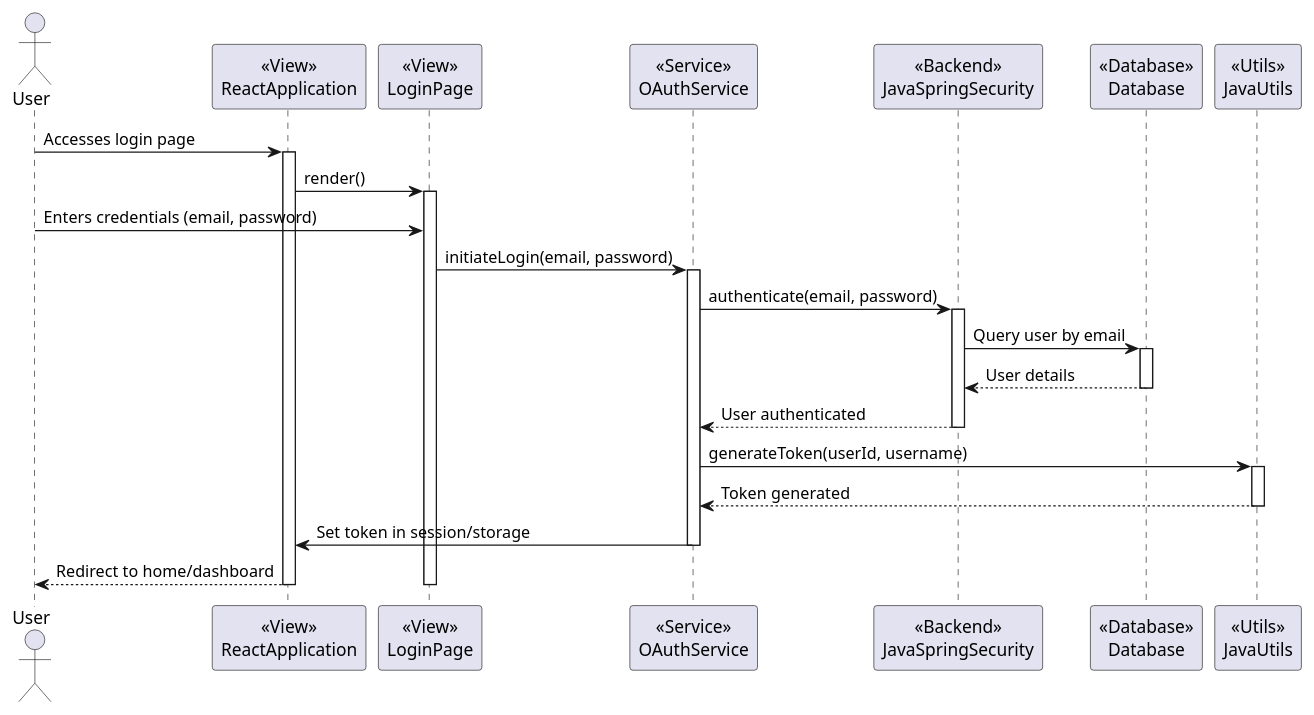
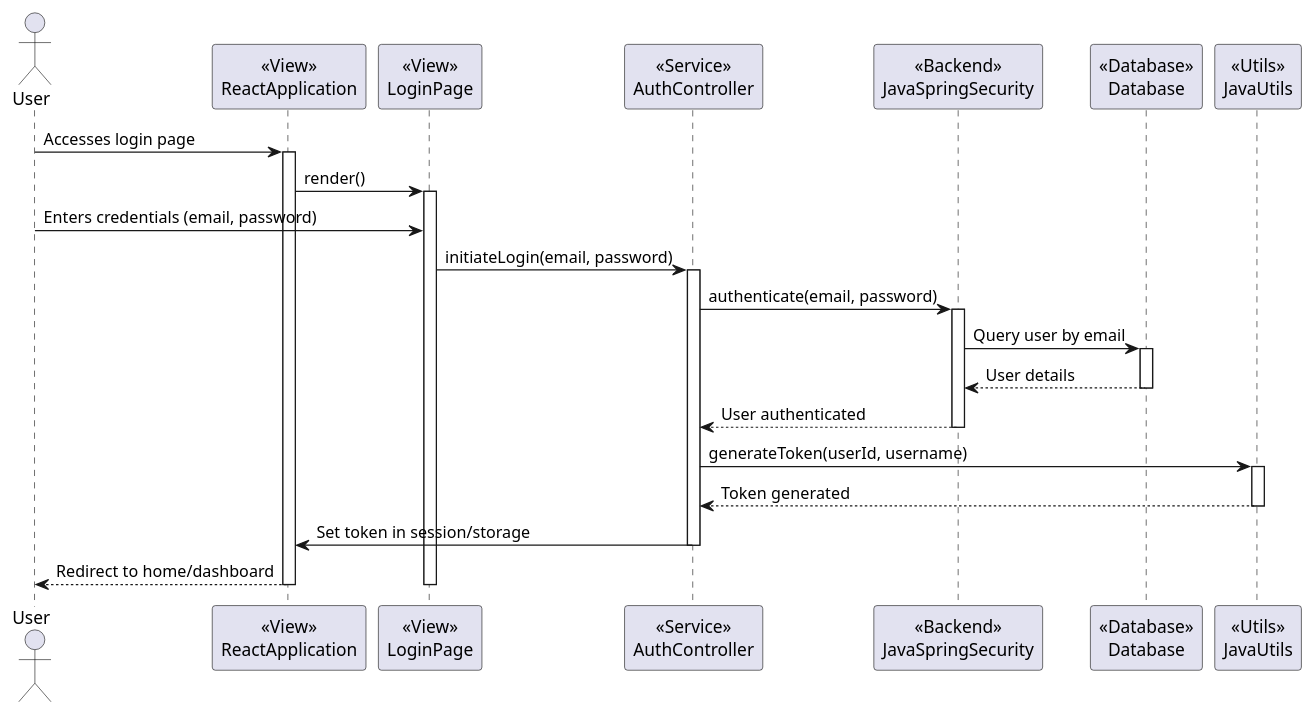
The diagram in diagrams/Authentication/Login/LoginDesignLevelSequenceDiagram.puml (Iantomasi/ateliermecanique-ws), drawn with PlantUML before and after one commit. The commit also changed 12 other files, not shown here.

Commit message:
Diagrams, C4, sprint 4 and 5

```diff
--- a/diagrams/Authentication/Login/LoginDesignLevelSequenceDiagram.puml
+++ b/diagrams/Authentication/Login/LoginDesignLevelSequenceDiagram.puml
@@ -1,47 +1,47 @@
 @startuml
 
 actor User
 
 participant ReactApplication as "<<View>>\nReactApplication"
 participant LoginPage as "<<View>>\nLoginPage"
-participant OAuthService as "<<Service>>\nOAuthService"
+participant AuthController as "<<Service>>\nAuthController"
 participant JavaSpringSecurity as "<<Backend>>\nJavaSpringSecurity"
 participant Database as "<<Database>>\nDatabase"
 participant JavaUtils as "<<Utils>>\nJavaUtils"
 
 User -> ReactApplication: Accesses login page
 activate ReactApplication
 
 ReactApplication -> LoginPage: render()
 activate LoginPage
 
 User -> LoginPage: Enters credentials (email, password)
-LoginPage -> OAuthService: initiateLogin(email, password)
-activate OAuthService
+LoginPage -> AuthController: initiateLogin(email, password)
+activate AuthController
 
-OAuthService -> JavaSpringSecurity: authenticate(email, password)
+AuthController -> JavaSpringSecurity: authenticate(email, password)
 activate JavaSpringSecurity
 
 JavaSpringSecurity -> Database: Query user by email
 activate Database
 
 Database --> JavaSpringSecurity: User details
 deactivate Database
 
-JavaSpringSecurity --> OAuthService: User authenticated
+JavaSpringSecurity --> AuthController: User authenticated
 deactivate JavaSpringSecurity
 
-OAuthService -> JavaUtils: generateToken(userId, username)
+AuthController -> JavaUtils: generateToken(userId, username)
 activate JavaUtils
 
-JavaUtils --> OAuthService: Token generated
+JavaUtils --> AuthController: Token generated
 deactivate JavaUtils
 
-OAuthService -> ReactApplication: Set token in session/storage
-deactivate OAuthService
+AuthController -> ReactApplication: Set token in session/storage
+deactivate AuthController
 
 ReactApplication --> User: Redirect to home/dashboard
 deactivate ReactApplication
 deactivate LoginPage
 
 @enduml
```
